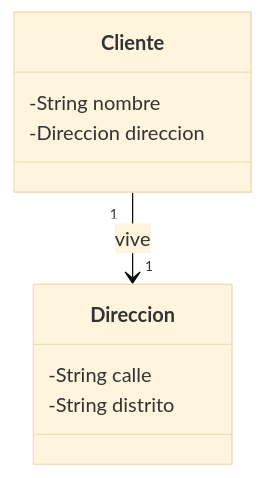
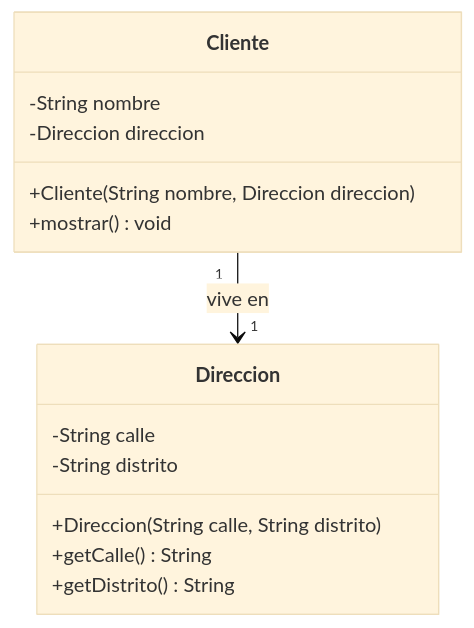
The first of 8 diagrams in README.md (CursosProgramacionEP/USIL_SEMANA09), drawn with Mermaid (base theme) before and after one commit. The commit also changed other lines of this file, not shown here.

Commit message:
Diagramas UML completos y alineados con el código (atributos, constructores, getters, métodos)

````diff
--- a/README.md
+++ b/README.md
@@ -28,12 +30,17 @@
 ```mermaid
 classDiagram
     class Cliente {
         -String nombre
         -Direccion direccion
+        +Cliente(String nombre, Direccion direccion)
+        +mostrar() void
     }
     class Direccion {
         -String calle
         -String distrito
+        +Direccion(String calle, String distrito)
+        +getCalle() String
+        +getDistrito() String
     }
-    Cliente "1" --> "1" Direccion : vive
+    Cliente "1" --> "1" Direccion : vive en
 ```
````
